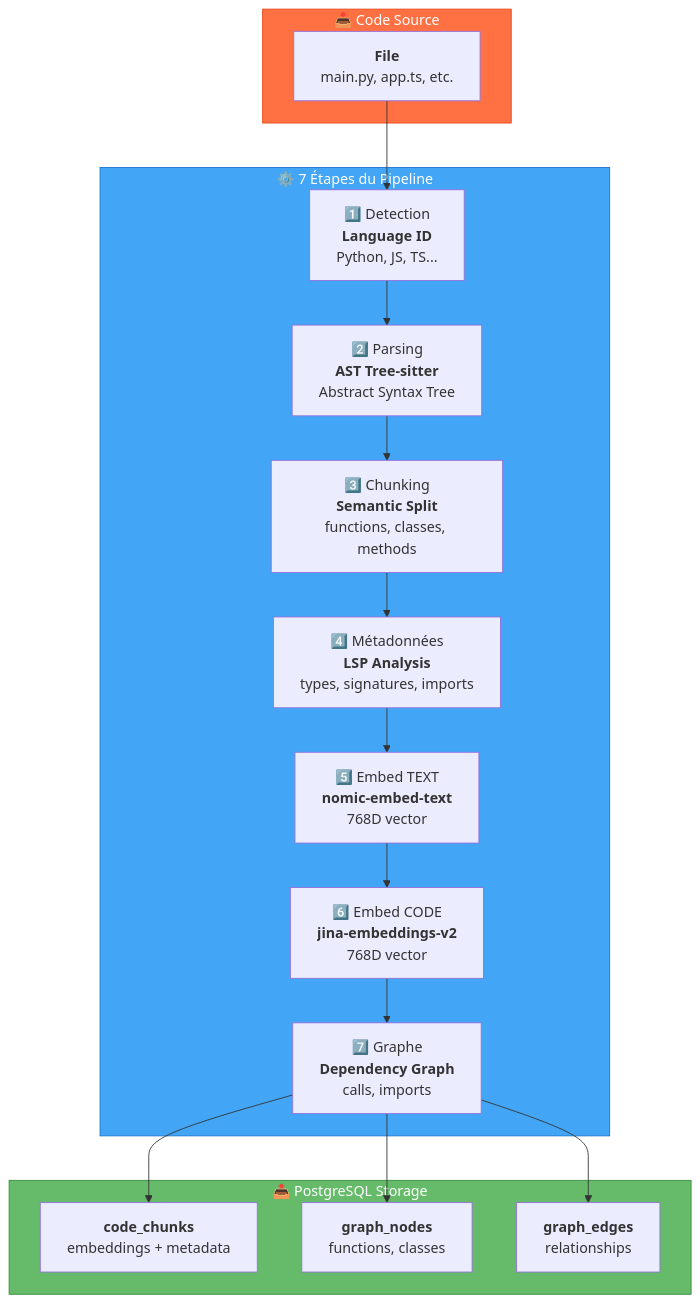
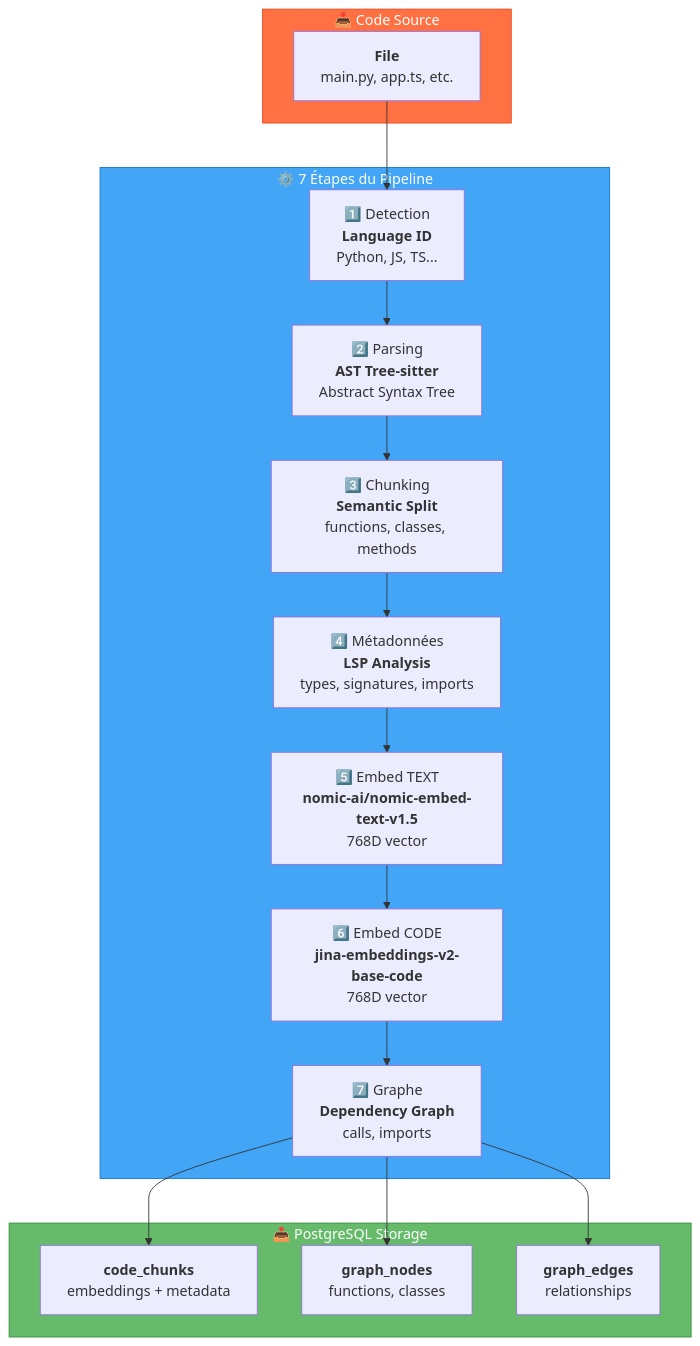
One commit to giak/mnemo-lite changed the third of 15 diagrams in docs/ARCHITECTURE.md. Above: the diagram before and after it, drawn with Mermaid. The commit also changed other lines of this file, not shown here.

First line of the commit message:
docs: update ARCHITECTURE.md to reflect current codebase

````diff
--- a/docs/ARCHITECTURE.md
+++ b/docs/ARCHITECTURE.md
@@ -168,30 +174,30 @@
 ```mermaid
 flowchart TB
     subgraph INPUT["📥 Code Source"]
         A["<b>File</b><br/>main.py, app.ts, etc."]
     end
 
     subgraph PROCESSING["⚙️ 7 Étapes du Pipeline"]
         B["1️⃣ Detection<br/><b>Language ID</b><br/>Python, JS, TS..."]
         C["2️⃣ Parsing<br/><b>AST Tree-sitter</b><br/>Abstract Syntax Tree"]
         D["3️⃣ Chunking<br/><b>Semantic Split</b><br/>functions, classes, methods"]
         E["4️⃣ Métadonnées<br/><b>LSP Analysis</b><br/>types, signatures, imports"]
-        F["5️⃣ Embed TEXT<br/><b>nomic-embed-text</b><br/>768D vector"]
-        G["6️⃣ Embed CODE<br/><b>jina-embeddings-v2</b><br/>768D vector"]
+        F["5️⃣ Embed TEXT<br/><b>nomic-ai/nomic-embed-text-v1.5</b><br/>768D vector"]
+        G["6️⃣ Embed CODE<br/><b>jina-embeddings-v2-base-code</b><br/>768D vector"]
         H["7️⃣ Graphe<br/><b>Dependency Graph</b><br/>calls, imports"]
     end
 
     subgraph OUTPUT["📤 PostgreSQL Storage"]
         I["<b>code_chunks</b><br/>embeddings + metadata"]
         J["<b>graph_nodes</b><br/>functions, classes"]
         K["<b>graph_edges</b><br/>relationships"]
     end
 
     A --> B --> C --> D --> E --> F --> G --> H --> I
     H --> J
     H --> K
 
     style INPUT fill:#FF7043,stroke:#E64A19,color:#fff
     style PROCESSING fill:#42A5F5,stroke:#1976D2,color:#fff
     style OUTPUT fill:#66BB6A,stroke:#388E3C,color:#fff
 ```
````
